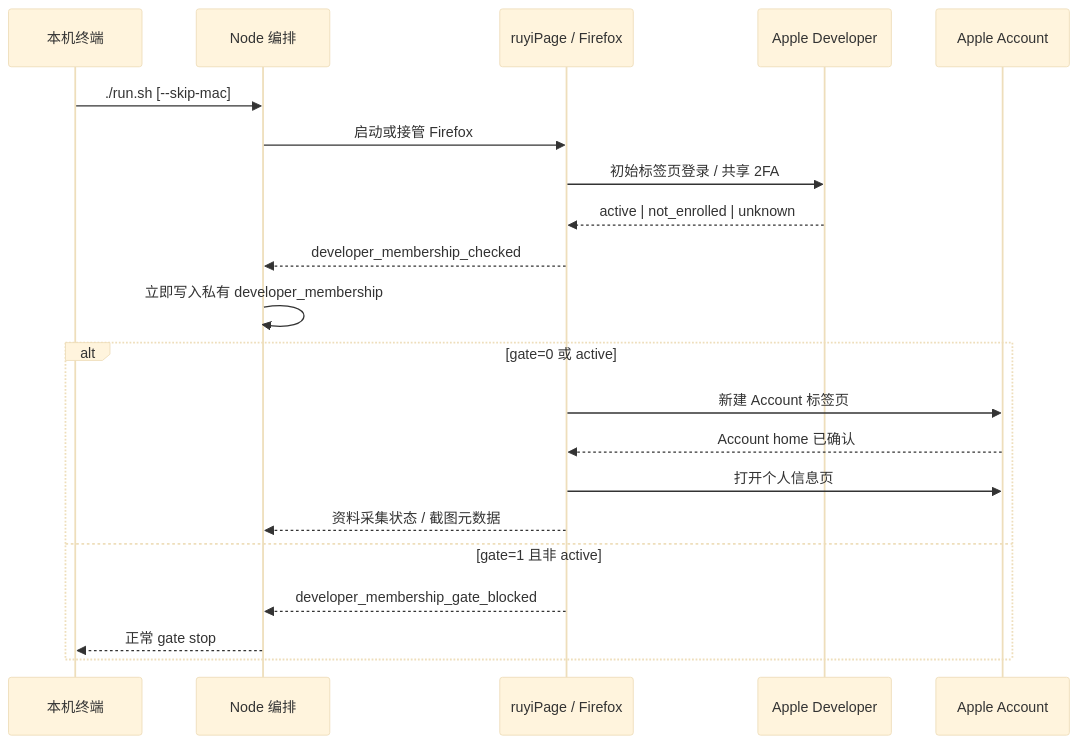
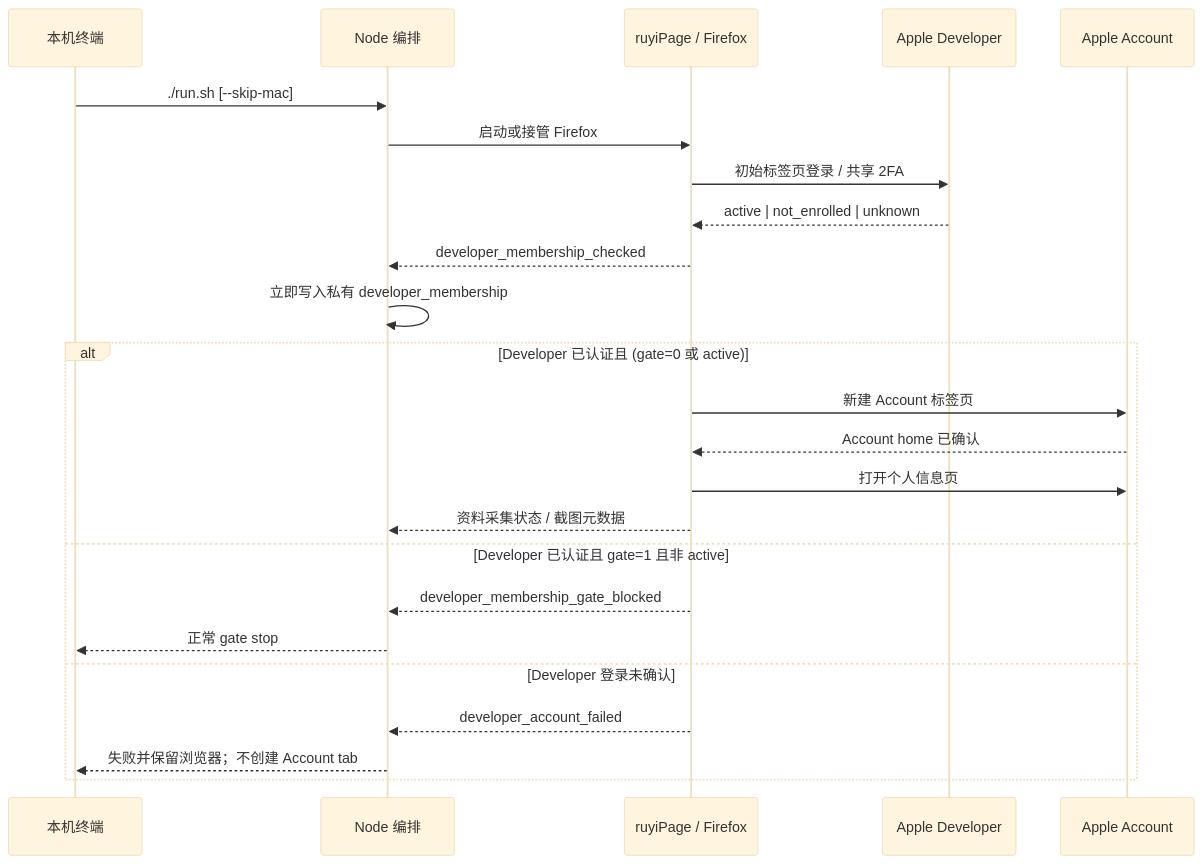
One commit to jiahaoyin/AutoMation changed the diagram in docs/RUNTIME_RUNBOOK.md. Above: the diagram before and after it, drawn with Mermaid (base theme). The commit also changed other lines of this file and 9 other files, not shown here.

Commit message:
fix(developer): require auth before account module

```diff
--- a/docs/RUNTIME_RUNBOOK.md
+++ b/docs/RUNTIME_RUNBOOK.md
@@ -17,24 +17,27 @@
 ~~~mermaid
 sequenceDiagram
     participant User as 本机终端
     participant Node as Node 编排
     participant Ruyi as ruyiPage / Firefox
     participant Dev as Apple Developer
     participant Account as Apple Account
 
     User->>Node: ./run.sh [--skip-mac]
     Node->>Ruyi: 启动或接管 Firefox
     Ruyi->>Dev: 初始标签页登录 / 共享 2FA
     Dev-->>Ruyi: active | not_enrolled | unknown
     Ruyi-->>Node: developer_membership_checked
     Node->>Node: 立即写入私有 developer_membership
-    alt gate=0 或 active
+    alt Developer 已认证且 (gate=0 或 active)
         Ruyi->>Account: 新建 Account 标签页
         Account-->>Ruyi: Account home 已确认
         Ruyi->>Account: 打开个人信息页
         Ruyi-->>Node: 资料采集状态 / 截图元数据
-    else gate=1 且非 active
+    else Developer 已认证且 gate=1 且非 active
         Ruyi-->>Node: developer_membership_gate_blocked
         Node-->>User: 正常 gate stop
+    else Developer 登录未确认
+        Ruyi-->>Node: developer_account_failed
+        Node-->>User: 失败并保留浏览器；不创建 Account tab
     end
 ~~~
```
